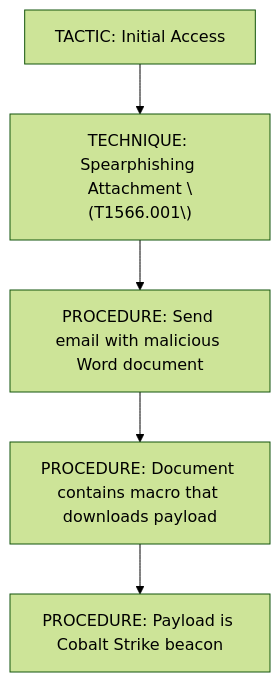
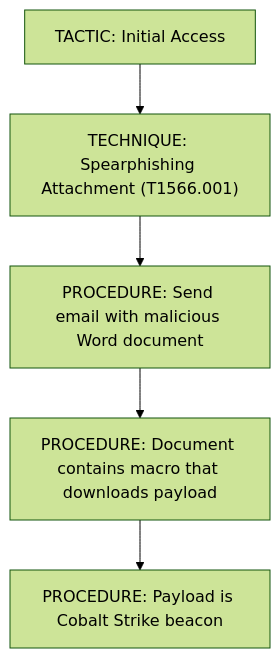
The first of 2 diagrams in src/data/content/day2/threat-actor-profiling-ttp-analysis.md (vishalkumar28/SOC-Training), drawn with Mermaid (forest theme) before and after one commit. The commit also changed other lines of this file and 4 other files, not shown here.

Commit message:
feat: add Day 2 curriculum content including MITRE ATT&CK mapping, threat actor profiling, and Mermaid diagram component

````diff
--- a/src/data/content/day2/threat-actor-profiling-ttp-analysis.md
+++ b/src/data/content/day2/threat-actor-profiling-ttp-analysis.md
@@ -33,8 +33,8 @@
 ```mermaid
 graph TD
     A["TACTIC: Initial Access"]
-    A --> B["TECHNIQUE: Spearphishing Attachment \(T1566.001\)"]
+    A --> B["TECHNIQUE: Spearphishing Attachment (T1566.001)"]
     B --> C["PROCEDURE: Send email with malicious Word document"]
     C --> D["PROCEDURE: Document contains macro that downloads payload"]
     D --> E["PROCEDURE: Payload is Cobalt Strike beacon"]
 ```
````
